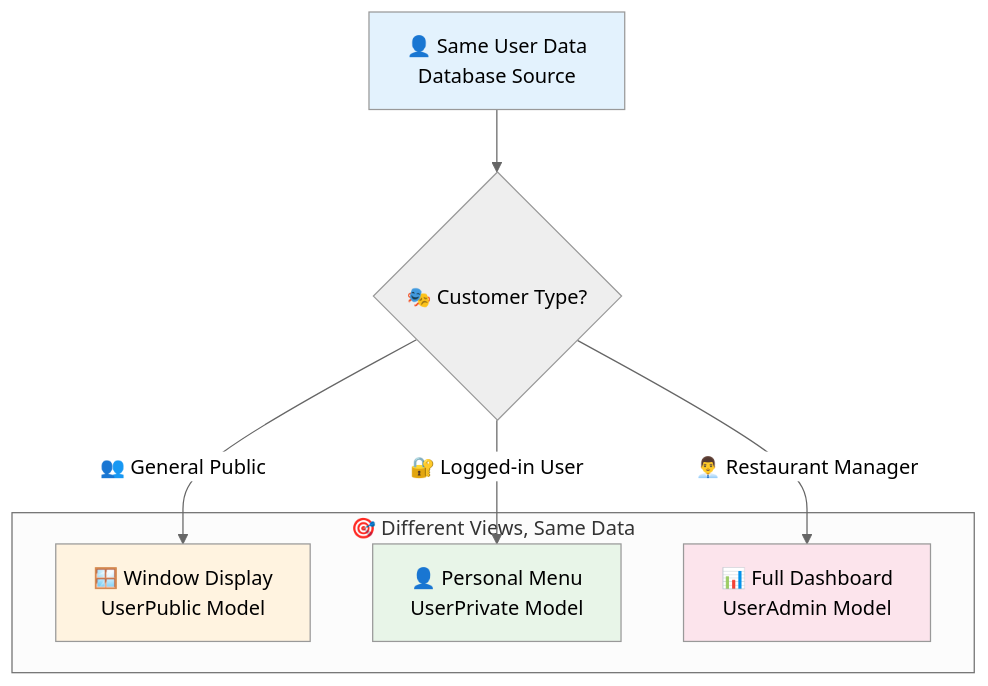
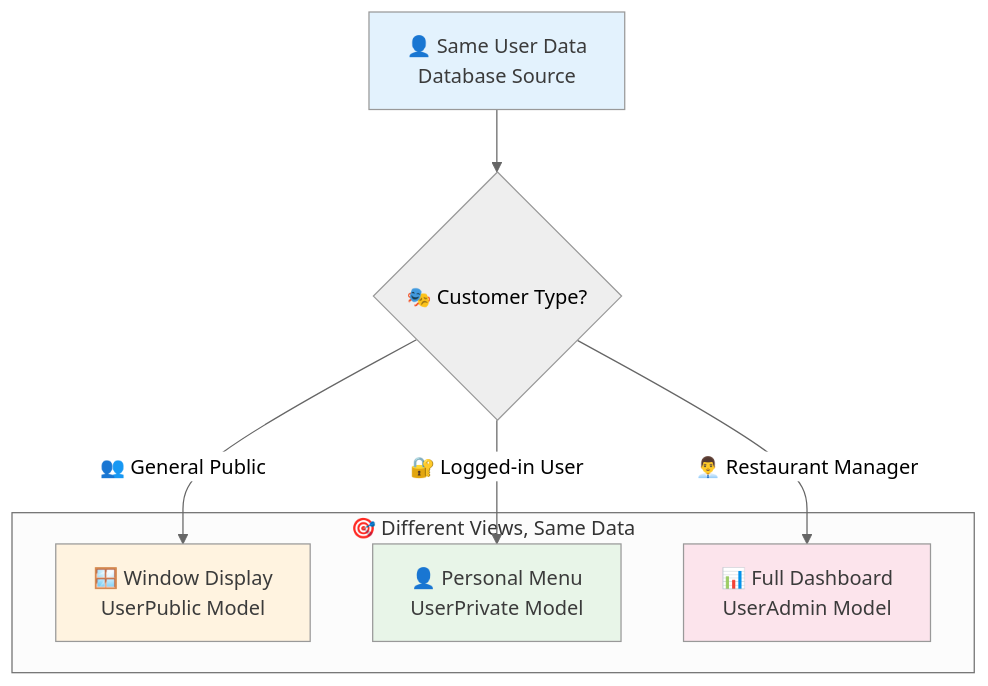
Before and after one commit to ridwanspace/restful-fastapi-guideline: the third of 5 diagrams in app/docs/02_foundation/04-response-handling/page.mdx, drawn with Mermaid (neutral theme). The commit also changed other lines of this file and 8 other files, not shown here.

First line of the commit message:
📝 docs(docs): enhance graph diagrams in foundation docs

````diff
--- a/app/docs/02_foundation/04-response-handling/page.mdx
+++ b/app/docs/02_foundation/04-response-handling/page.mdx
@@ -225,18 +225,18 @@
 ```mermaid
 graph TD
     A[👤 Same User Data<br/>Database Source] --> B{🎭 Customer Type?}
     B -->|👥 General Public| C[🪟 Window Display<br/>UserPublic Model]
     B -->|🔐 Logged-in User| D[👤 Personal Menu<br/>UserPrivate Model]
     B -->|👨‍💼 Restaurant Manager| E[📊 Full Dashboard<br/>UserAdmin Model]
     
-    style A fill:#e3f2fd
-    style C fill:#fff3e0
-    style D fill:#e8f5e8
-    style E fill:#fce4ec
+    style A fill:#e3f2fd,color:#3b3b3b
+    style C fill:#fff3e0,color:#3b3b3b
+    style D fill:#e8f5e8,color:#3b3b3b
+    style E fill:#fce4ec,color:#3b3b3b
     
     subgraph "🎯 Different Views, Same Data"
         C
         D
         E
     end
 ```
````
